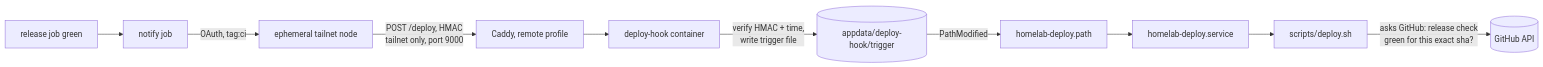
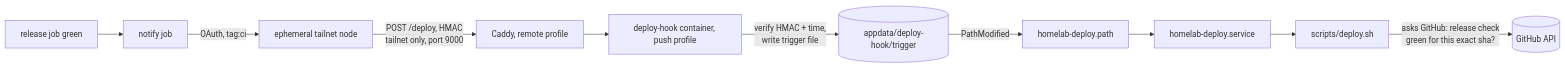
One commit to Gascon1/homelab changed the second of 2 diagrams in docs/deploy.md. Above: the diagram before and after it, drawn with Mermaid. The commit also changed other lines of this file and 9 other files, not shown here.

````diff
--- a/docs/deploy.md
+++ b/docs/deploy.md
@@ -46,12 +46,12 @@
 ```mermaid
 flowchart LR
     R[release job green] --> N[notify job]
     N -->|OAuth, tag:ci| TS[ephemeral tailnet node]
     TS -->|POST /deploy, HMAC<br/>tailnet only, port 9000| C[Caddy, remote profile]
-    C --> H[deploy-hook container]
+    C --> H[deploy-hook container, push profile]
     H -->|verify HMAC + time,<br/>write trigger file| TF[(appdata/deploy-hook/trigger)]
     TF -->|PathModified| P[homelab-deploy.path]
     P --> SV[homelab-deploy.service]
     SV --> D[scripts/deploy.sh]
     D -->|asks GitHub: release check<br/>green for this exact sha?| GH[(GitHub API)]
 ```
````
